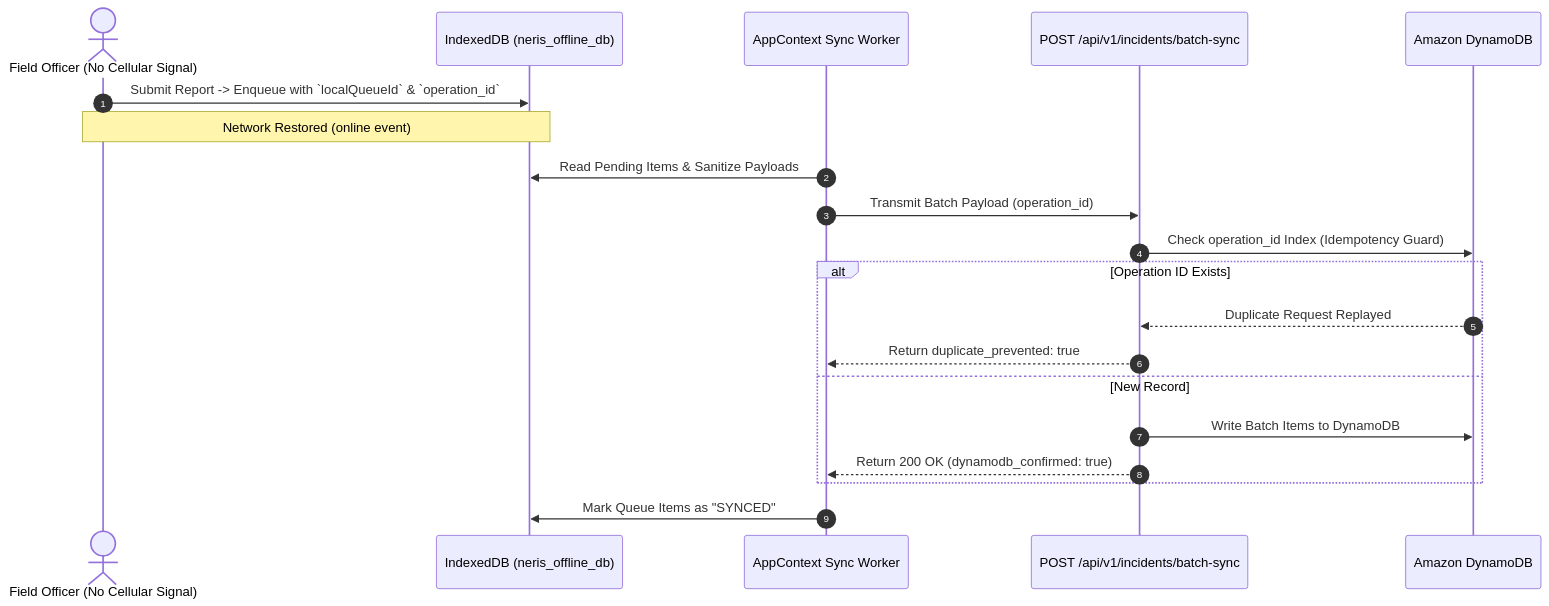
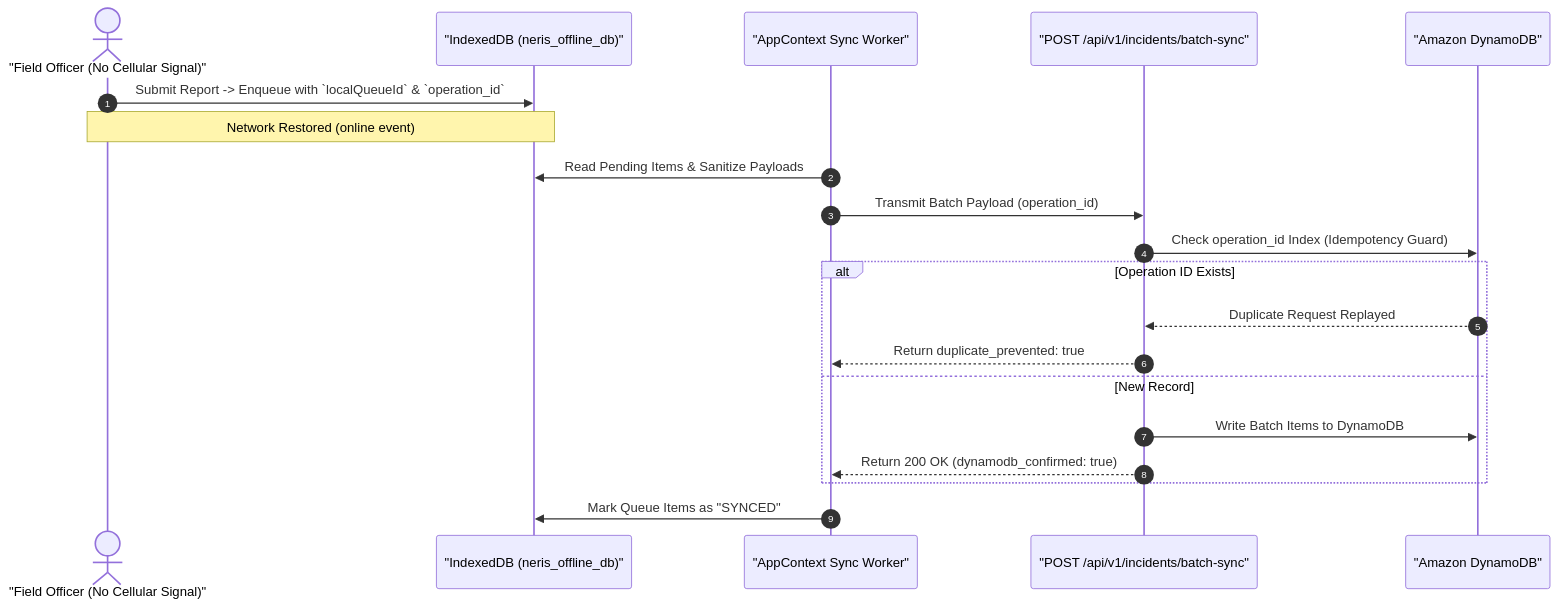
One commit to Hritik983567-Art/NERIS changed the sixth of 7 diagrams in ARCHITECTURE.md. Above: the diagram before and after it, drawn with Mermaid. The commit also changed other lines of this file and 1 other file, not shown here.

Commit message:
fix(docs): quote all sequence diagram participant aliases in ARCHITECTURE.md and DOCUMENTATION.md

````diff
--- a/ARCHITECTURE.md
+++ b/ARCHITECTURE.md
@@ -147,25 +147,25 @@
 ```mermaid
 sequenceDiagram
     autonumber
-    actor Officer as Field Officer (No Cellular Signal)
-    participant IDB as IndexedDB (neris_offline_db)
-    participant Sync as AppContext Sync Worker
-    participant API as POST /api/v1/incidents/batch-sync
-    participant DDB as Amazon DynamoDB
+    actor Officer as "Field Officer (No Cellular Signal)"
+    participant IDB as "IndexedDB (neris_offline_db)"
+    participant Sync as "AppContext Sync Worker"
+    participant API as "POST /api/v1/incidents/batch-sync"
+    participant DDB as "Amazon DynamoDB"
 
     Officer->>IDB: Submit Report -> Enqueue with `localQueueId` & `operation_id`
     Note over Officer,IDB: Network Restored (online event)
     Sync->>IDB: Read Pending Items & Sanitize Payloads
     Sync->>API: Transmit Batch Payload (operation_id)
     
     API->>DDB: Check operation_id Index (Idempotency Guard)
     alt Operation ID Exists
         DDB-->>API: Duplicate Request Replayed
         API-->>Sync: Return duplicate_prevented: true
     else New Record
         API->>DDB: Write Batch Items to DynamoDB
         API-->>Sync: Return 200 OK (dynamodb_confirmed: true)
     end
 
     Sync->>IDB: Mark Queue Items as "SYNCED"
 ```
````
